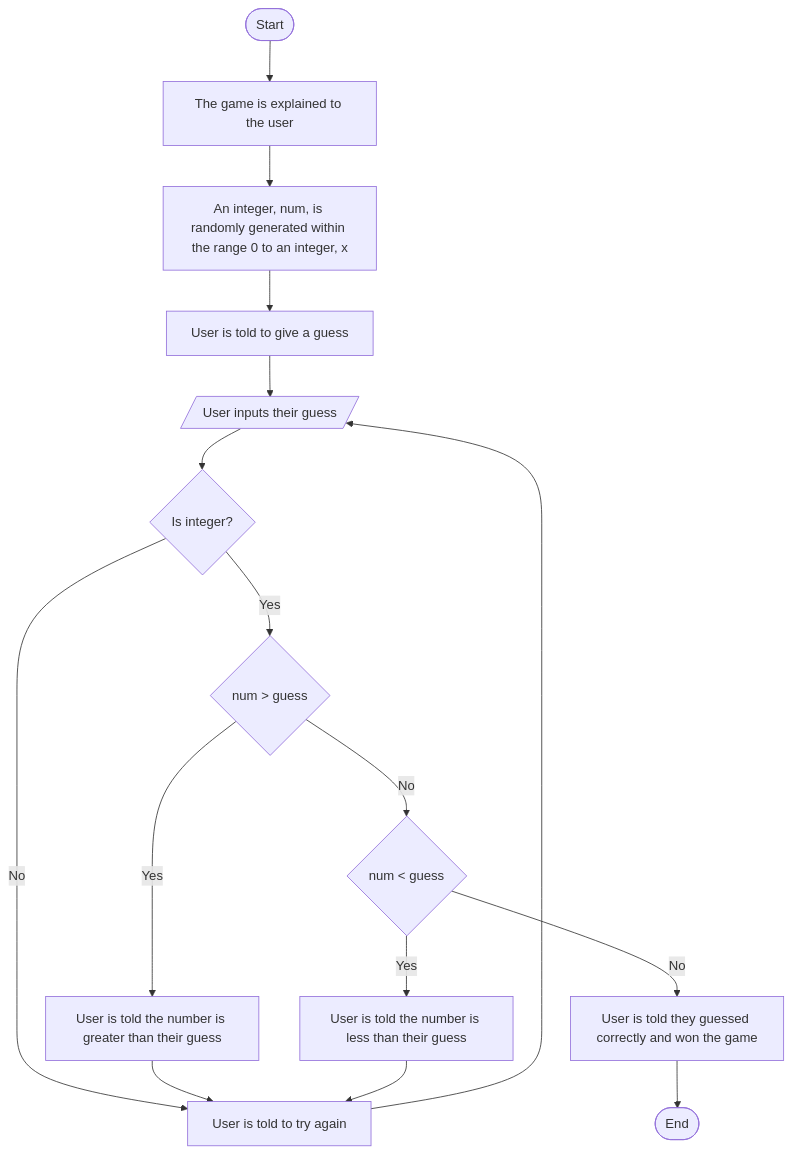
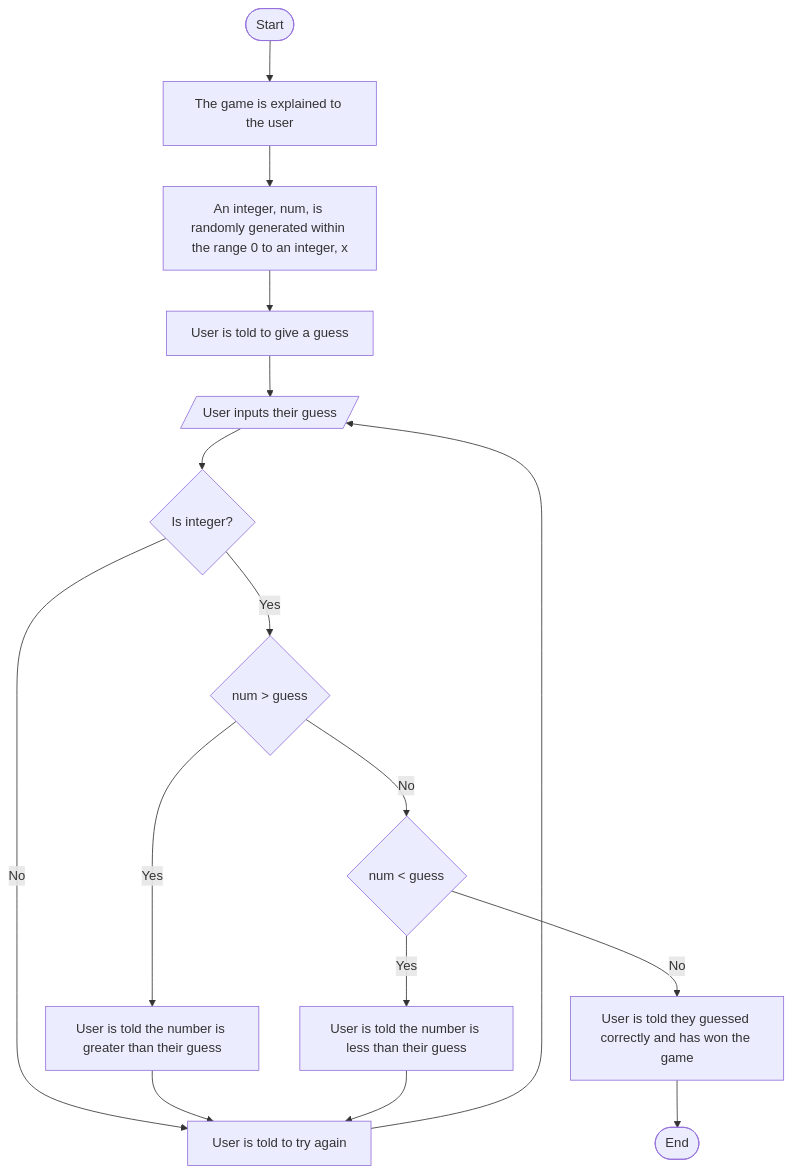
One commit to pcokis/pcokis.github.io changed the diagram in Guessing.md. Above: the diagram before and after it, drawn with Mermaid.

````diff
--- a/Guessing.md
+++ b/Guessing.md
@@ -3,34 +3,34 @@
 ```mermaid
 flowchart TD
     Start([Start])
 
     Explain[The game is explained to the user]
     NumberGenerated[An integer, num, is randomly generated within the range 0 to an integer, x]
     AskGuess[User is told to give a guess]
 
     UserGuess[/User inputs their guess/]
     TryAgain[User is told to try again]
     Check1{Is integer?}
     Check2{num > guess}
     NumberGreater[User is told the number is greater than their guess]
     Check3{num < guess}
     NumberLess[User is told the number is less than their guess]
     
-    GuessCorrect[User is told they guessed correctly and won the game]
+    GuessCorrect[User is told they guessed correctly and has won the game]
 
     End([End])
     
     Start
     --> Explain 
     --> NumberGenerated 
     --> AskGuess 
     --> UserGuess
     --> Check1
     TryAgain --> UserGuess
     Check1 -- No --> TryAgain
     Check1 -- Yes --> Check2
     Check2 -- Yes --> NumberGreater --> TryAgain
     Check2 -- No --> Check3
     Check3 -- Yes --> NumberLess --> TryAgain
     Check3 -- No --> GuessCorrect --> End
 ```
````
